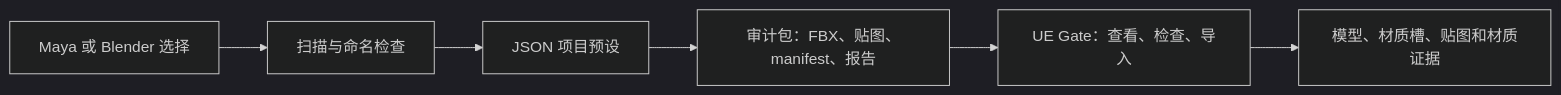
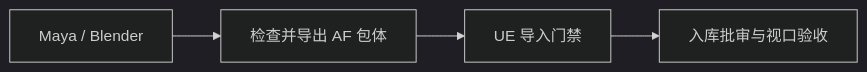
The second of 2 diagrams in README.zh-CN.md (Elviszhuoyu/DCC-AssetForge), drawn with Mermaid (dark theme) before and after one commit. The commit also changed other lines of this file and 259 other files, not shown here.

````diff
--- a/README.zh-CN.md
+++ b/README.zh-CN.md
@@ -19,8 +119,4 @@
 ```mermaid
 flowchart LR
-    A["Maya 或 Blender 选择"] --> B["扫描与命名检查"]
-    B --> C["JSON 项目预设"]
-    C --> D["审计包：FBX、贴图、manifest、报告"]
-    D --> E["UE Gate：查看、检查、导入"]
-    E --> F["模型、材质槽、贴图和材质证据"]
+    A["Maya / Blender"] --> B["检查并导出 AF 包体"] --> C["UE 导入门禁"] --> D["入库批审与视口验收"]
 ```
````
